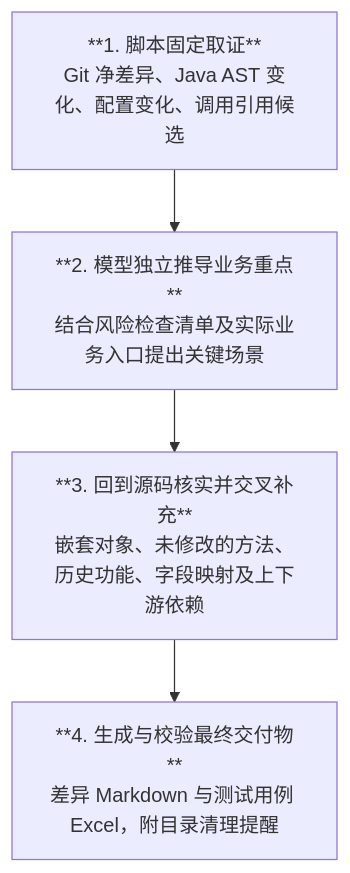
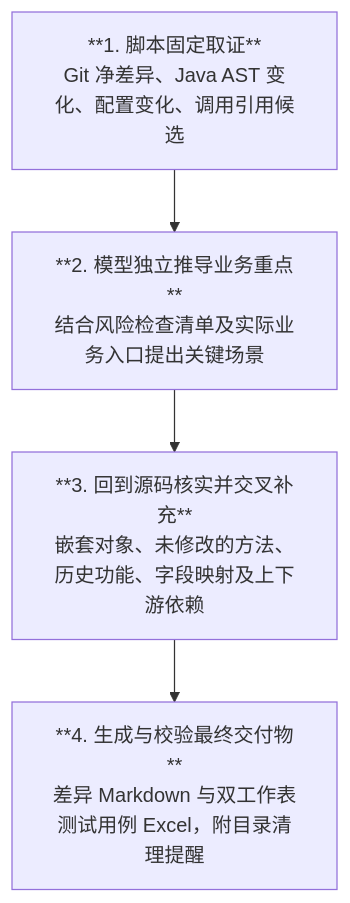
One commit to lalala8462/skills changed the diagram in diff-list/README.md. Above: the diagram before and after it, drawn with Mermaid. The commit also changed other lines of this file and 3 other files, not shown here.

````diff
--- a/diff-list/README.md
+++ b/diff-list/README.md
@@ -7,8 +7,8 @@
 ```mermaid
 flowchart TD
     A["**1. 脚本固定取证**<br/>Git 净差异、Java AST 变化、配置变化、调用引用候选"]
     B["**2. 模型独立推导业务重点**<br/>结合风险检查清单及实际业务入口提出关键场景"]
     C["**3. 回到源码核实并交叉补充**<br/>嵌套对象、未修改的方法、历史功能、字段映射及上下游依赖"]
-    D["**4. 生成与校验最终交付物**<br/>差异 Markdown 与测试用例 Excel，附目录清理提醒"]
+    D["**4. 生成与校验最终交付物**<br/>差异 Markdown 与双工作表测试用例 Excel，附目录清理提醒"]
     A --> B --> C --> D
 ```
````
